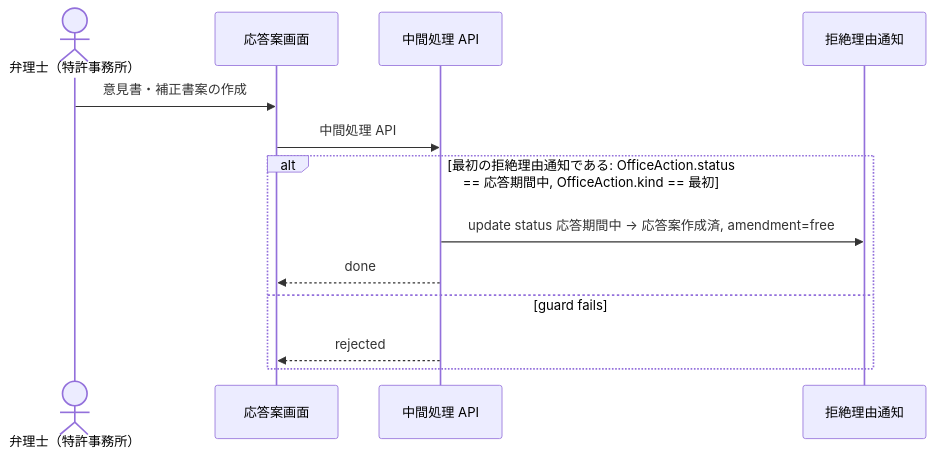
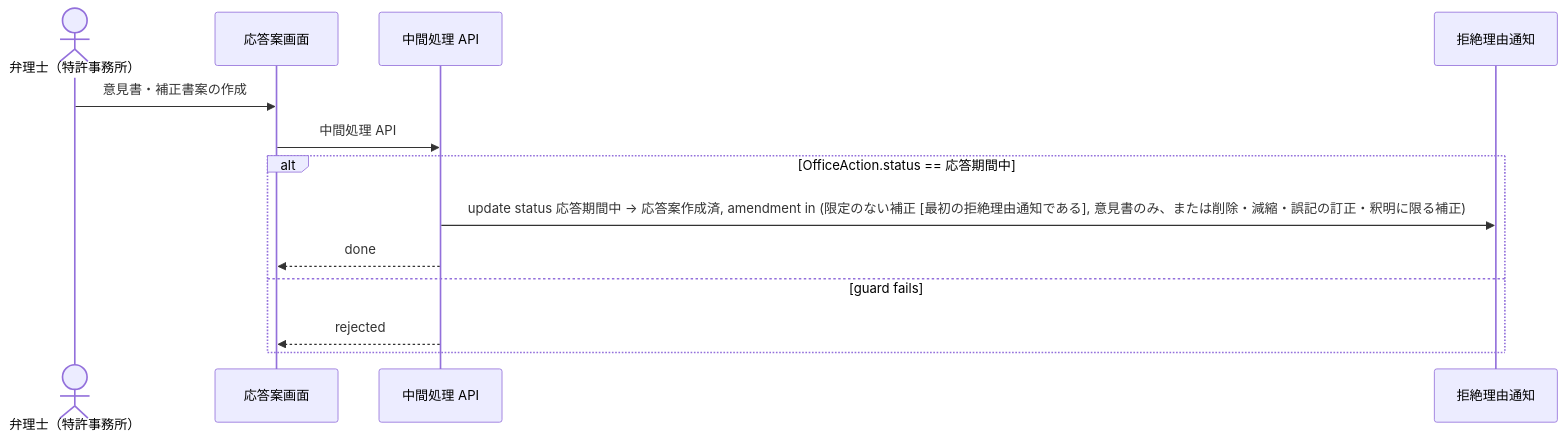
Before and after one commit to manji-0/rdra-ish-dsl: the diagram in samples/patent-ops/out/uc/sequence_DraftResponse.mmd, drawn with Mermaid. The commit also changed 52 other files, not shown here.

```diff
--- a/samples/patent-ops/out/uc/sequence_DraftResponse.mmd
+++ b/samples/patent-ops/out/uc/sequence_DraftResponse.mmd
@@ -1,16 +1,16 @@
 %% rdra-ish diagram=sequence scope=usecase:DraftResponse model=samples/patent-ops
 %% kinds: actor screen api entity
 %% omitted: buc step medium permission condition
 sequenceDiagram
   actor actor__PatentAttorney as 弁理士（特許事務所）
   participant screen__ResponseDraftScreen as 応答案画面
   participant api__OfficeActionApi as 中間処理 API
   participant entity__OfficeAction as 拒絶理由通知
   actor__PatentAttorney ->> screen__ResponseDraftScreen: 意見書・補正書案の作成
   screen__ResponseDraftScreen ->> api__OfficeActionApi: 中間処理 API
-  alt 最初の拒絶理由通知である: OfficeAction.status == 応答期間中, OfficeAction.kind == 最初
-    api__OfficeActionApi ->> entity__OfficeAction: update status 応答期間中 -> 応答案作成済, amendment=free
+  alt OfficeAction.status == 応答期間中
+    api__OfficeActionApi ->> entity__OfficeAction: update status 応答期間中 -> 応答案作成済, amendment in (限定のない補正 [最初の拒絶理由通知である], 意見書のみ、または削除・減縮・誤記の訂正・釈明に限る補正)
     api__OfficeActionApi -->> screen__ResponseDraftScreen: done
   else guard fails
     api__OfficeActionApi -->> screen__ResponseDraftScreen: rejected
   end
```
